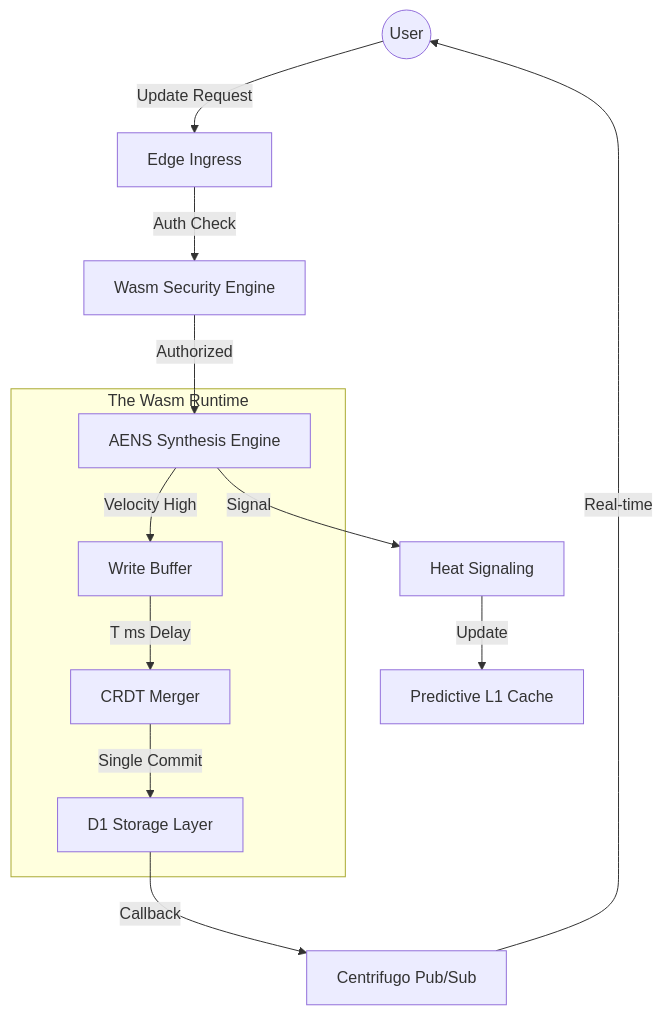
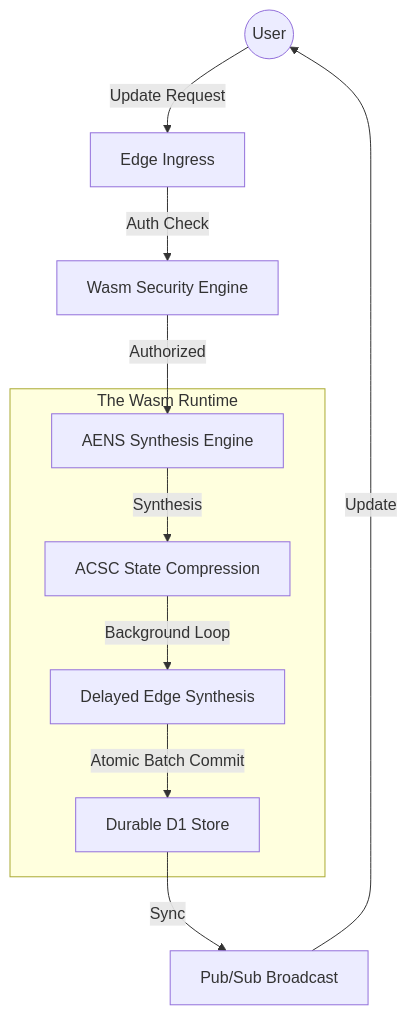
Before and after one commit to codeforgebyaravinth-dev/telestack-realtime-db-FYP: the diagram in docs/TECHNICAL_MANIFESTO.md, drawn with Mermaid. The commit also changed other lines of this file and 73 other files, not shown here.

Commit message:
v9.1 Industrial-Grade Release: AENS v2.0, ACT, ACSC, and 100% Integrity Proofs

````diff
--- a/docs/TECHNICAL_MANIFESTO.md
+++ b/docs/TECHNICAL_MANIFESTO.md
@@ -72,18 +65,15 @@
 ```mermaid
 graph TD
     User((User)) -->|Update Request| Ingress[Edge Ingress]
     Ingress -->|Auth Check| WasmAuth[Wasm Security Engine]
     WasmAuth -->|Authorized| AENS[AENS Synthesis Engine]
     
     subgraph "The Wasm Runtime"
-        AENS -->|Velocity High| Buffer[Write Buffer]
-        Buffer -->|T ms Delay| Merger[CRDT Merger]
-        Merger -->|Single Commit| D1[D1 Storage Layer]
+        AENS -->|Synthesis| ACSC[ACSC State Compression]
+        ACSC -->|Background Loop| Delayed[Delayed Edge Synthesis]
+        Delayed -->|Atomic Batch Commit| D1[Durable D1 Store]
     end
     
-    D1 -->|Callback| Broadcast[Centrifugo Pub/Sub]
-    Broadcast -->|Real-time| User
-    
-    AENS -->|Signal| Heat[Heat Signaling]
-    Heat -->|Update| Cache[Predictive L1 Cache]
+    D1 -->|Sync| Broadcast[Pub/Sub Broadcast]
+    Broadcast -->|Update| User
 ```
````
